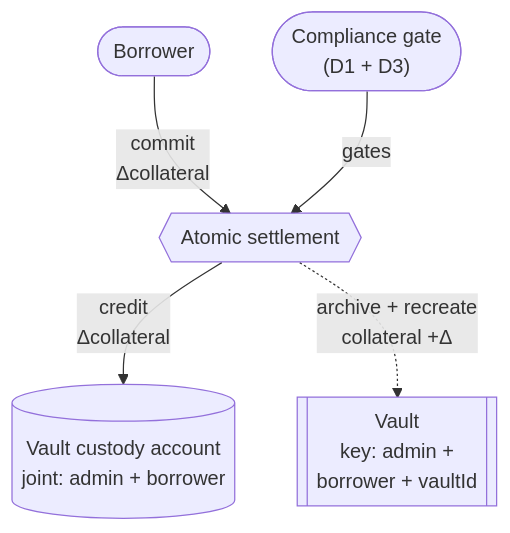
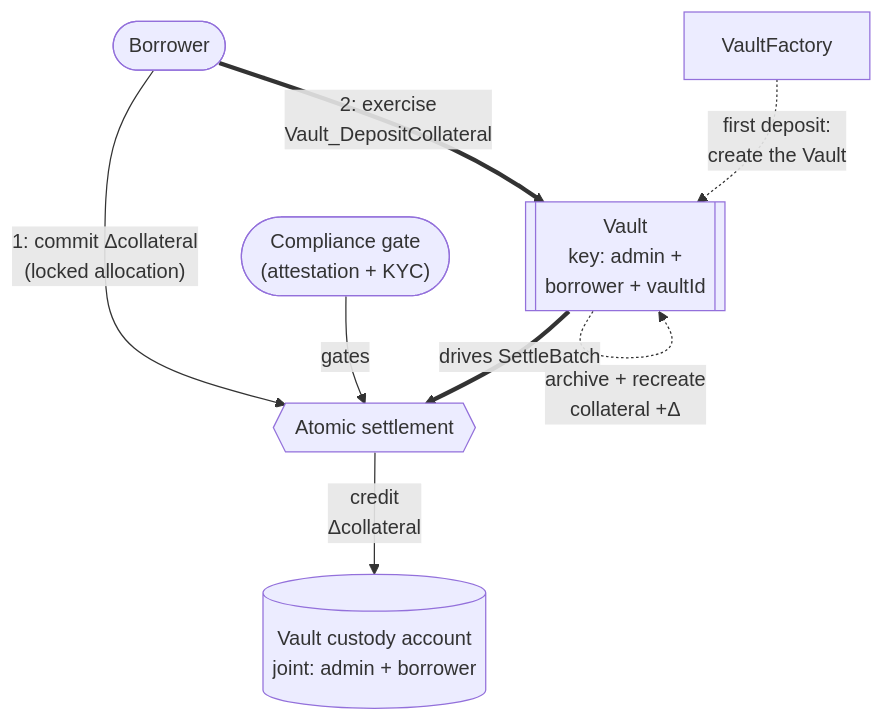
One commit to OpenZeppelin/canton-specs changed the third of 7 diagrams in docs/reference-architectures/lending.md. Above: the diagram before and after it, drawn with Mermaid. The commit also changed other lines of this file and 3 other files, not shown here.

````diff
--- a/docs/reference-architectures/lending.md
+++ b/docs/reference-architectures/lending.md
@@ -176,13 +296,17 @@
 ```mermaid
 flowchart TD
     Borrower([Borrower])
-    Compliance(["Compliance gate<br/>(D1 + D3)"])
+    Compliance(["Compliance gate<br/>(attestation + KYC)"])
+    Vault[["Vault<br/>key: admin +<br/>borrower + vaultId"]]
     Settle{{Atomic settlement}}
     Custody[("Vault custody account<br/>joint: admin + borrower")]
-    Vault[["Vault<br/>key: admin +<br/>borrower + vaultId"]]
+    Factory["VaultFactory"]
 
-    Borrower -->|"commit<br/>Δcollateral"| Settle
+    Borrower -->|"1: commit Δcollateral<br/>(locked allocation)"| Settle
+    Borrower ==>|"2: exercise<br/>Vault_DepositCollateral"| Vault
     Compliance -->|"gates"| Settle
+    Vault ==>|"drives SettleBatch"| Settle
     Settle -->|"credit<br/>Δcollateral"| Custody
-    Settle -.->|"archive + recreate<br/>collateral +Δ"| Vault
+    Vault -.->|"archive + recreate<br/>collateral +Δ"| Vault
+    Factory -.->|"first deposit:<br/>create the Vault"| Vault
 ```
````
